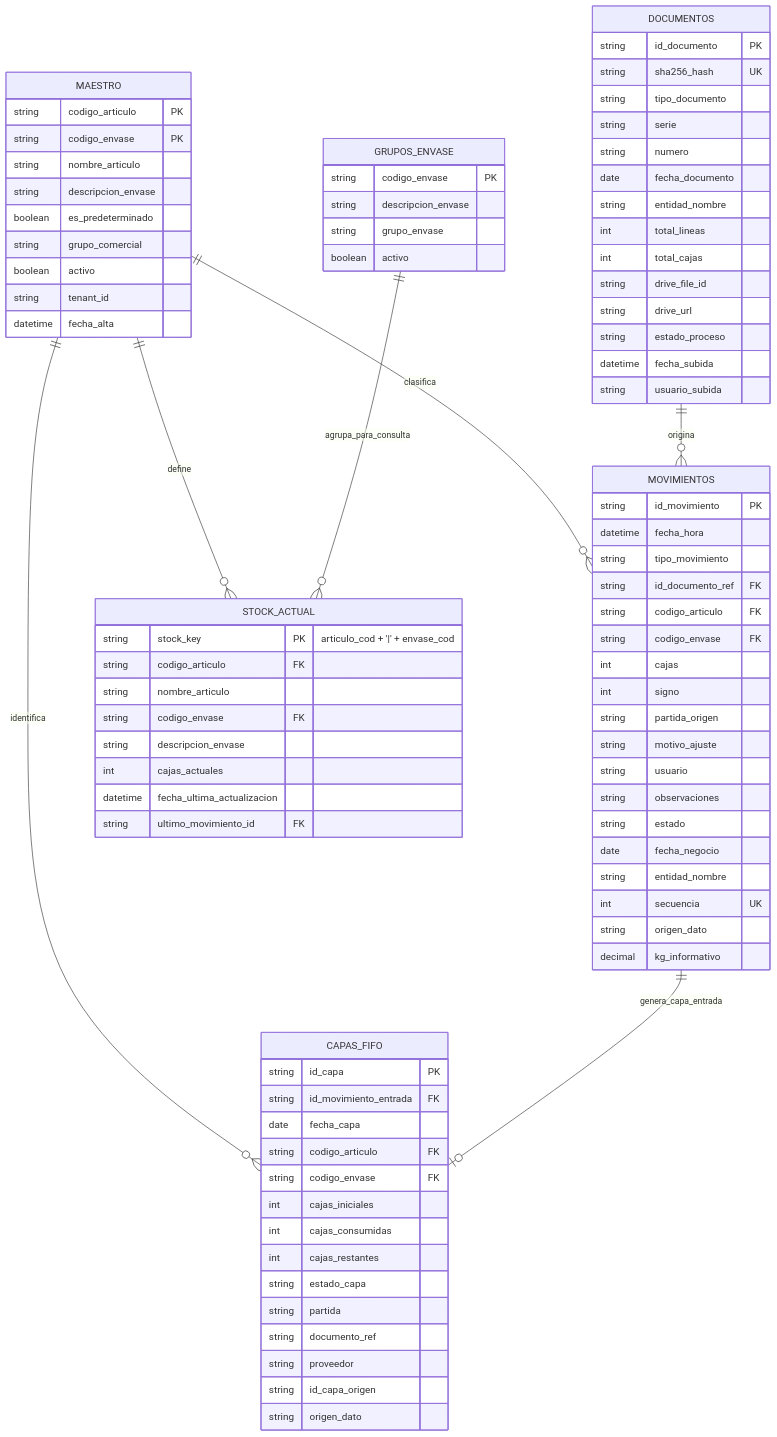
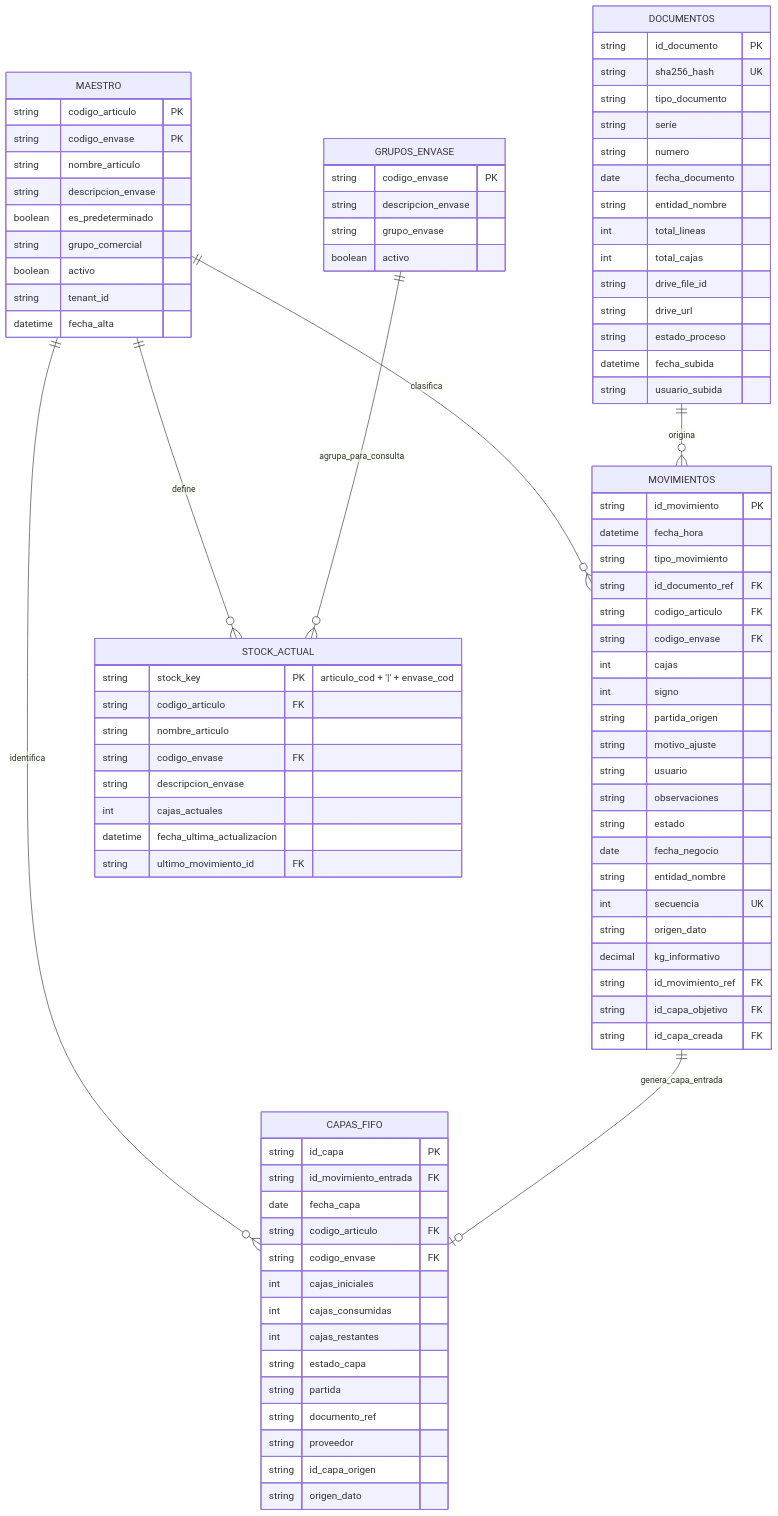
Before and after one commit to johannmartlo/STOCK-LIGHT: the diagram in DATA_MODEL.md, drawn with Mermaid. The commit also changed other lines of this file and 13 other files, not shown here.

```diff
--- a/DATA_MODEL.md
+++ b/DATA_MODEL.md
@@ -78,6 +78,9 @@
         int secuencia UK
         string origen_dato
         decimal kg_informativo
+        string id_movimiento_ref FK
+        string id_capa_objetivo FK
+        string id_capa_creada FK
     }
 
     CAPAS_FIFO {
```
